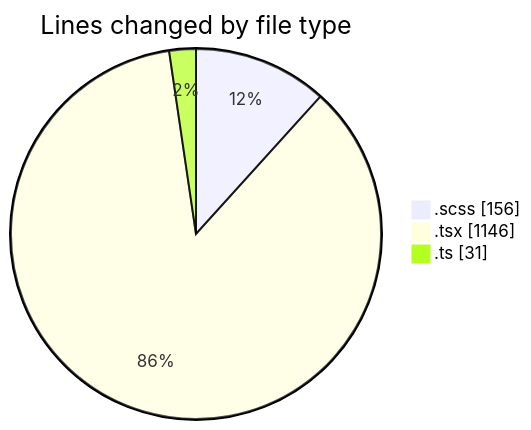
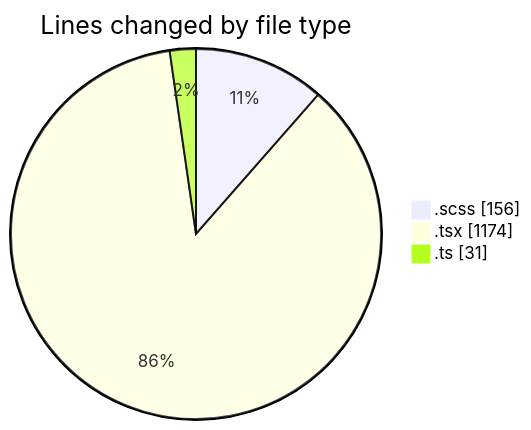
One commit to momahboobian/code-tracking changed the first of 2 diagrams in 2025-02-10/cda/README.md. Above: the diagram before and after it, drawn with Mermaid. The commit also changed other lines of this file and 1 other file, not shown here.

````diff
--- a/2025-02-10/cda/README.md
+++ b/2025-02-10/cda/README.md
@@ -25,7 +25,7 @@
 ```mermaid
 pie showData
 title Lines changed by file type
 ".scss" : 156
-".tsx" : 1146
+".tsx" : 1174
 ".ts" : 31
 ```
````
